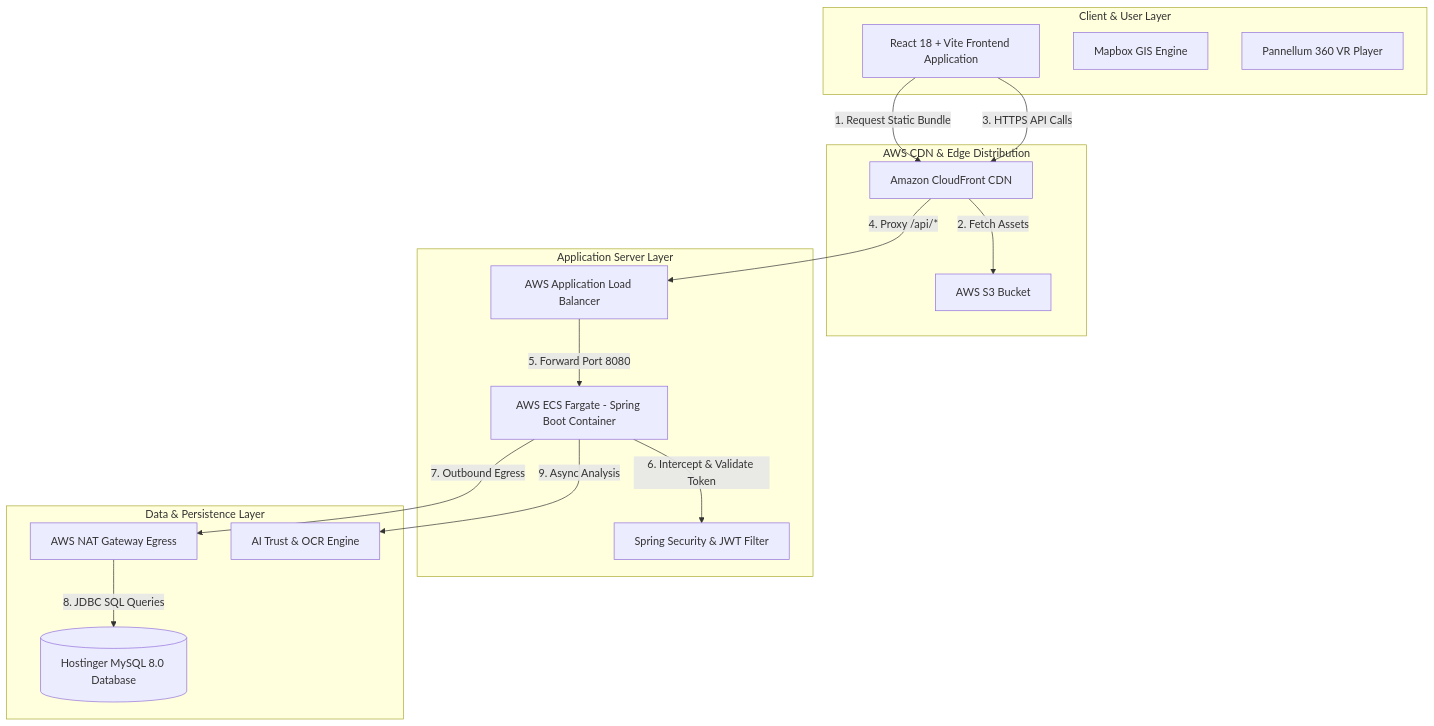
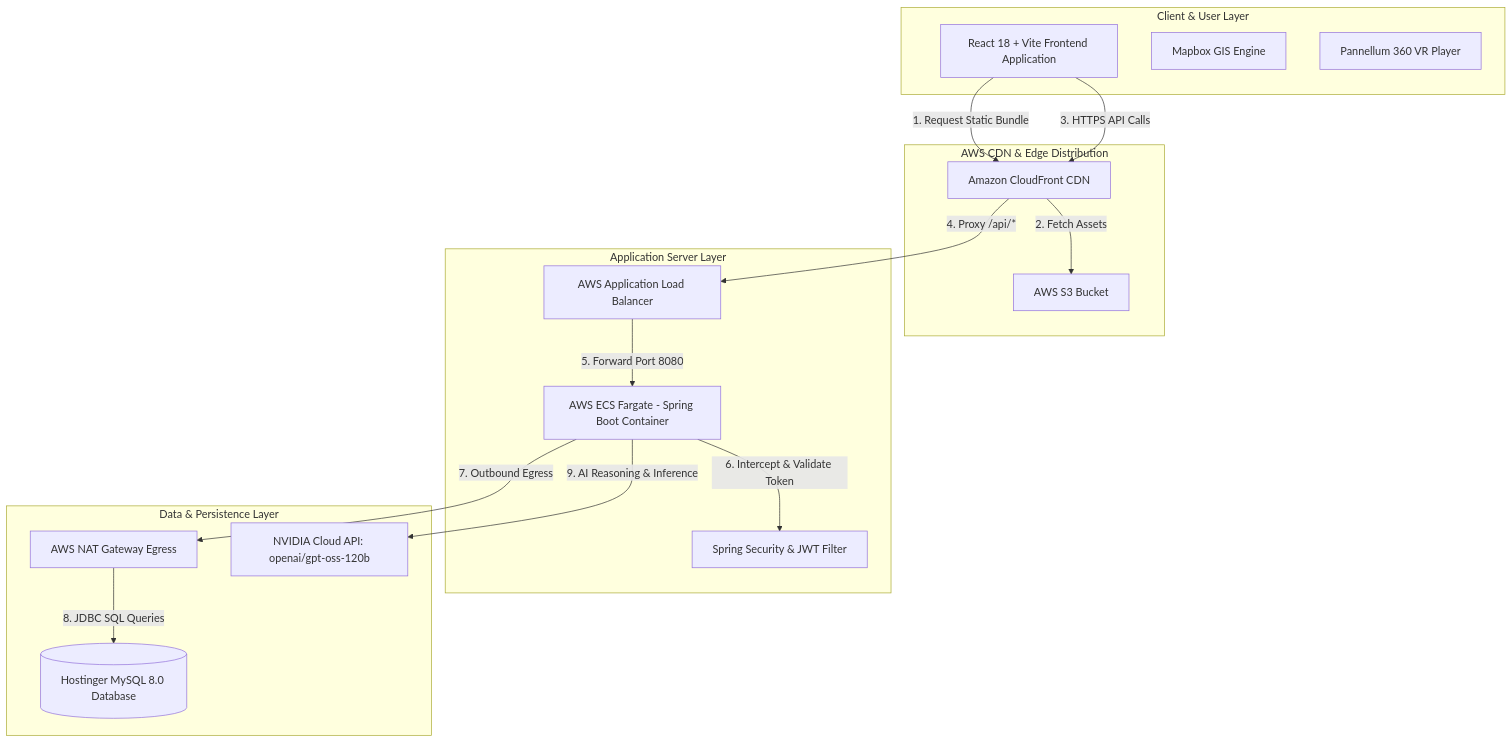
One commit to pavanstarkin-tech/LandLens changed the second of 8 diagrams in README.md. Above: the diagram before and after it, drawn with Mermaid. The commit also changed other lines of this file, not shown here.

Commit message:
docs: update Mermaid architecture and sequence diagrams to explicitly feature NVIDIA API openai/gpt-oss-120b

````diff
--- a/README.md
+++ b/README.md
@@ -292,35 +292,35 @@
 ```mermaid
 graph TD
     subgraph ClientLayer [Client & User Layer]
         FE[React 18 + Vite Frontend Application]
         MB[Mapbox GIS Engine]
         VR[Pannellum 360 VR Player]
     end
 
     subgraph CDNEast [AWS CDN & Edge Distribution]
         CF[Amazon CloudFront CDN]
         S3[AWS S3 Bucket]
     end
 
     subgraph ServerLayer [Application Server Layer]
         ALB[AWS Application Load Balancer]
         ECS[AWS ECS Fargate - Spring Boot Container]
         SEC[Spring Security & JWT Filter]
     end
 
     subgraph PersistenceLayer [Data & Persistence Layer]
         NAT[AWS NAT Gateway Egress]
         DB[(Hostinger MySQL 8.0 Database)]
-        AI[AI Trust & OCR Engine]
+        AI[NVIDIA Cloud API: openai/gpt-oss-120b]
     end
 
     FE -->|1. Request Static Bundle| CF
     CF -->|2. Fetch Assets| S3
     FE -->|3. HTTPS API Calls| CF
     CF -->|4. Proxy /api/*| ALB
     ALB -->|5. Forward Port 8080| ECS
     ECS -->|6. Intercept & Validate Token| SEC
     ECS -->|7. Outbound Egress| NAT
     NAT -->|8. JDBC SQL Queries| DB
-    ECS -->|9. Async Analysis| AI
+    ECS -->|9. AI Reasoning & Inference| AI
 ```
````
